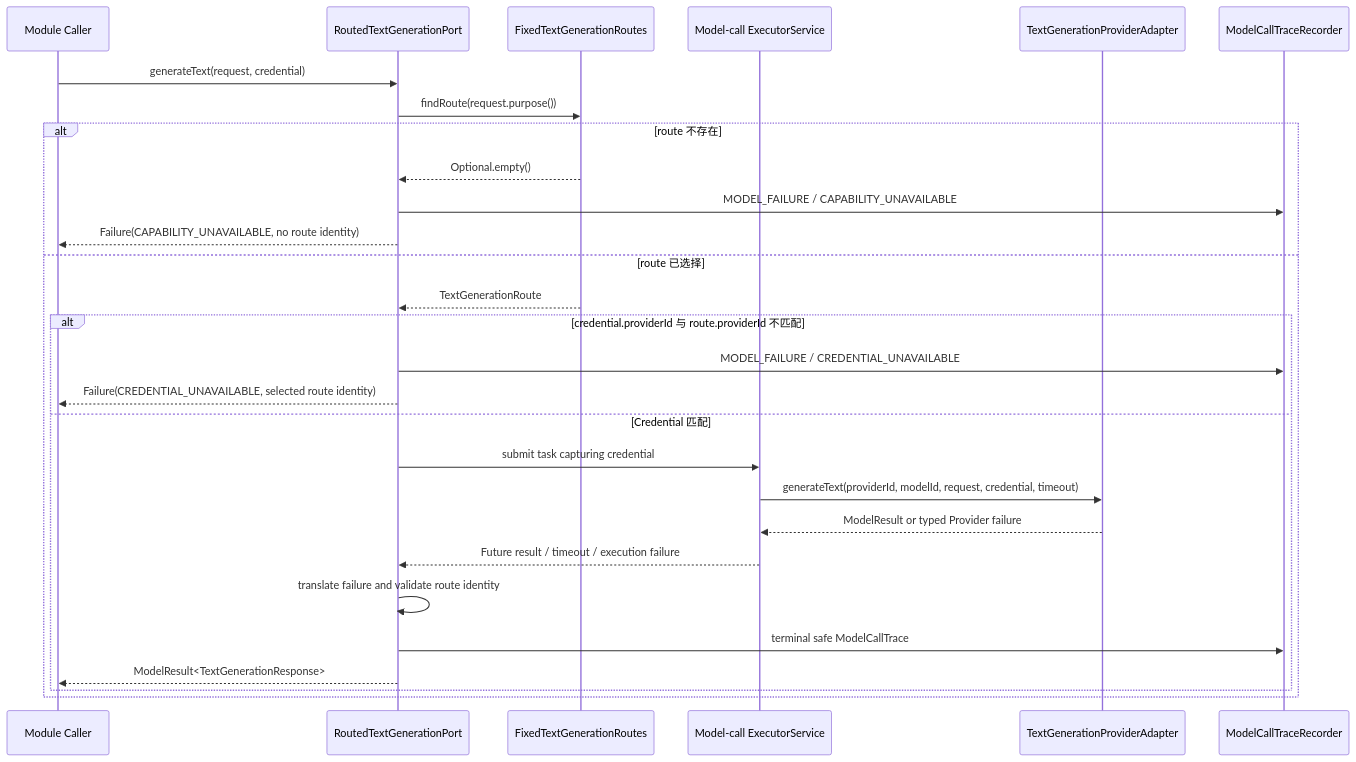
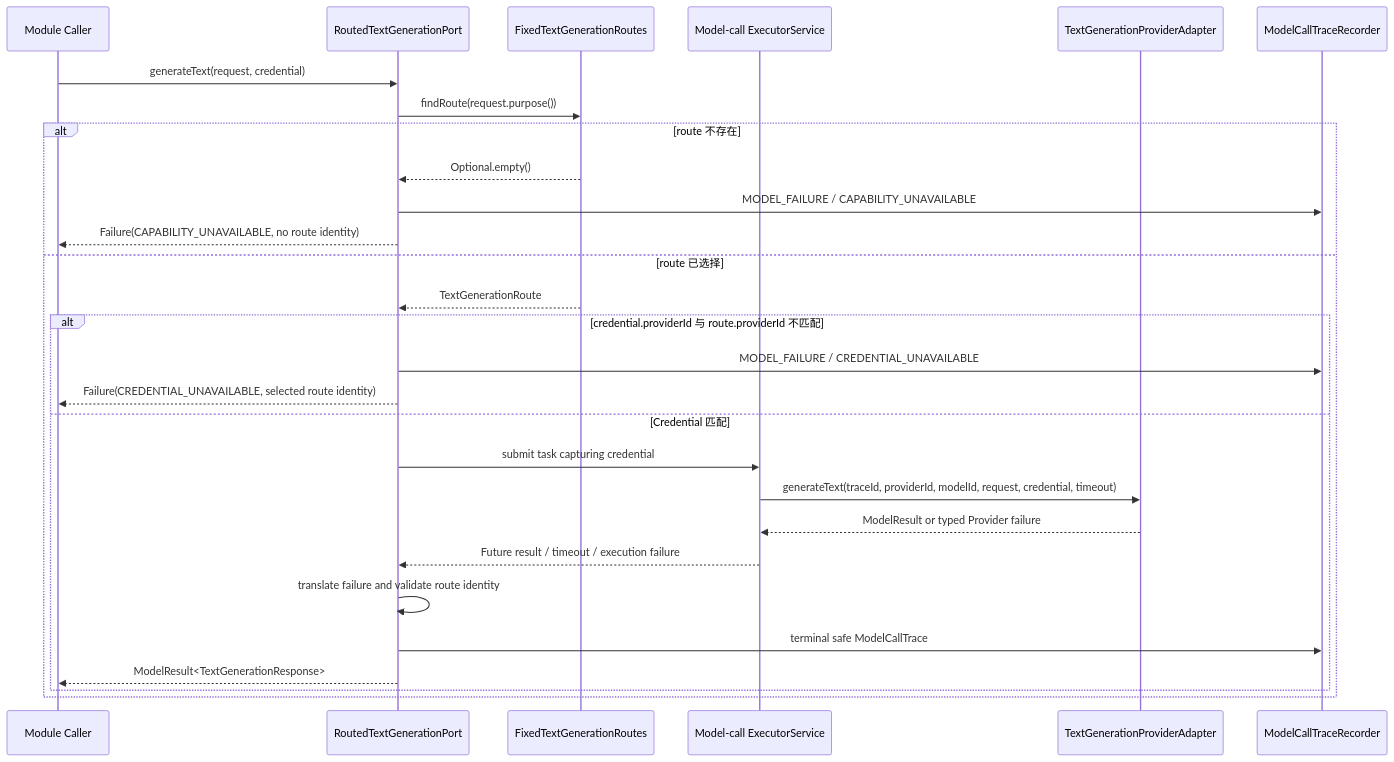
One commit to AnnnaSun/DailyLanguage changed the diagram in docs/flow/text-generation-credential-propagation.md. Above: the diagram before and after it, drawn with Mermaid. The commit also changed other lines of this file and 17 other files, not shown here.

````diff
--- a/docs/flow/text-generation-credential-propagation.md
+++ b/docs/flow/text-generation-credential-propagation.md
@@ -20,31 +21,31 @@
 ```mermaid
 sequenceDiagram
     participant Caller as Module Caller
     participant Port as RoutedTextGenerationPort
     participant Routes as FixedTextGenerationRoutes
     participant Executor as Model-call ExecutorService
     participant Adapter as TextGenerationProviderAdapter
     participant Recorder as ModelCallTraceRecorder
 
     Caller->>Port: generateText(request, credential)
     Port->>Routes: findRoute(request.purpose())
     alt route 不存在
         Routes-->>Port: Optional.empty()
         Port->>Recorder: MODEL_FAILURE / CAPABILITY_UNAVAILABLE
         Port-->>Caller: Failure(CAPABILITY_UNAVAILABLE, no route identity)
     else route 已选择
         Routes-->>Port: TextGenerationRoute
         alt credential.providerId 与 route.providerId 不匹配
             Port->>Recorder: MODEL_FAILURE / CREDENTIAL_UNAVAILABLE
             Port-->>Caller: Failure(CREDENTIAL_UNAVAILABLE, selected route identity)
         else Credential 匹配
             Port->>Executor: submit task capturing credential
-            Executor->>Adapter: generateText(providerId, modelId, request, credential, timeout)
+            Executor->>Adapter: generateText(traceId, providerId, modelId, request, credential, timeout)
             Adapter-->>Executor: ModelResult or typed Provider failure
             Executor-->>Port: Future result / timeout / execution failure
             Port->>Port: translate failure and validate route identity
             Port->>Recorder: terminal safe ModelCallTrace
             Port-->>Caller: ModelResult<TextGenerationResponse>
         end
     end
 ```
````
